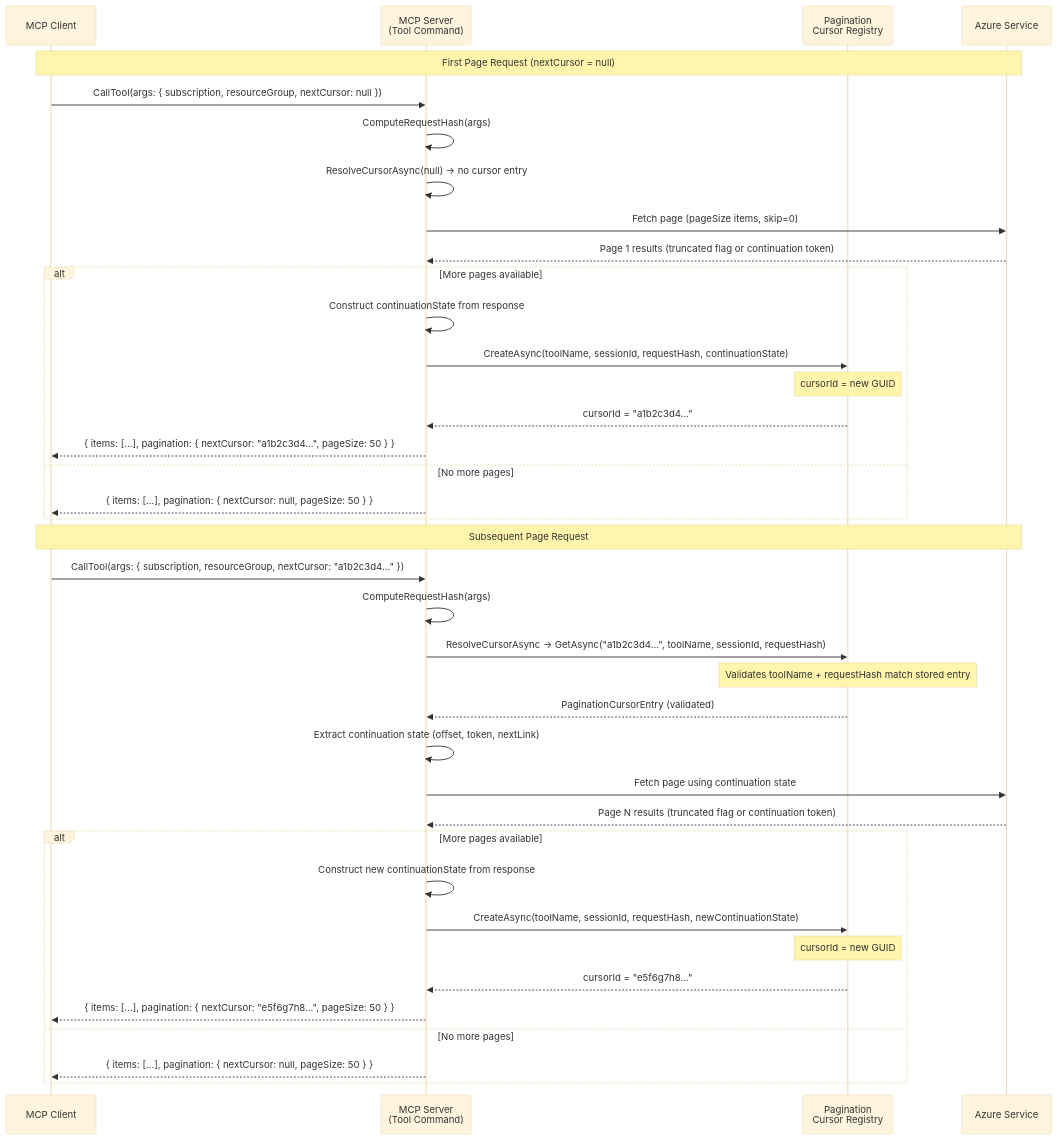
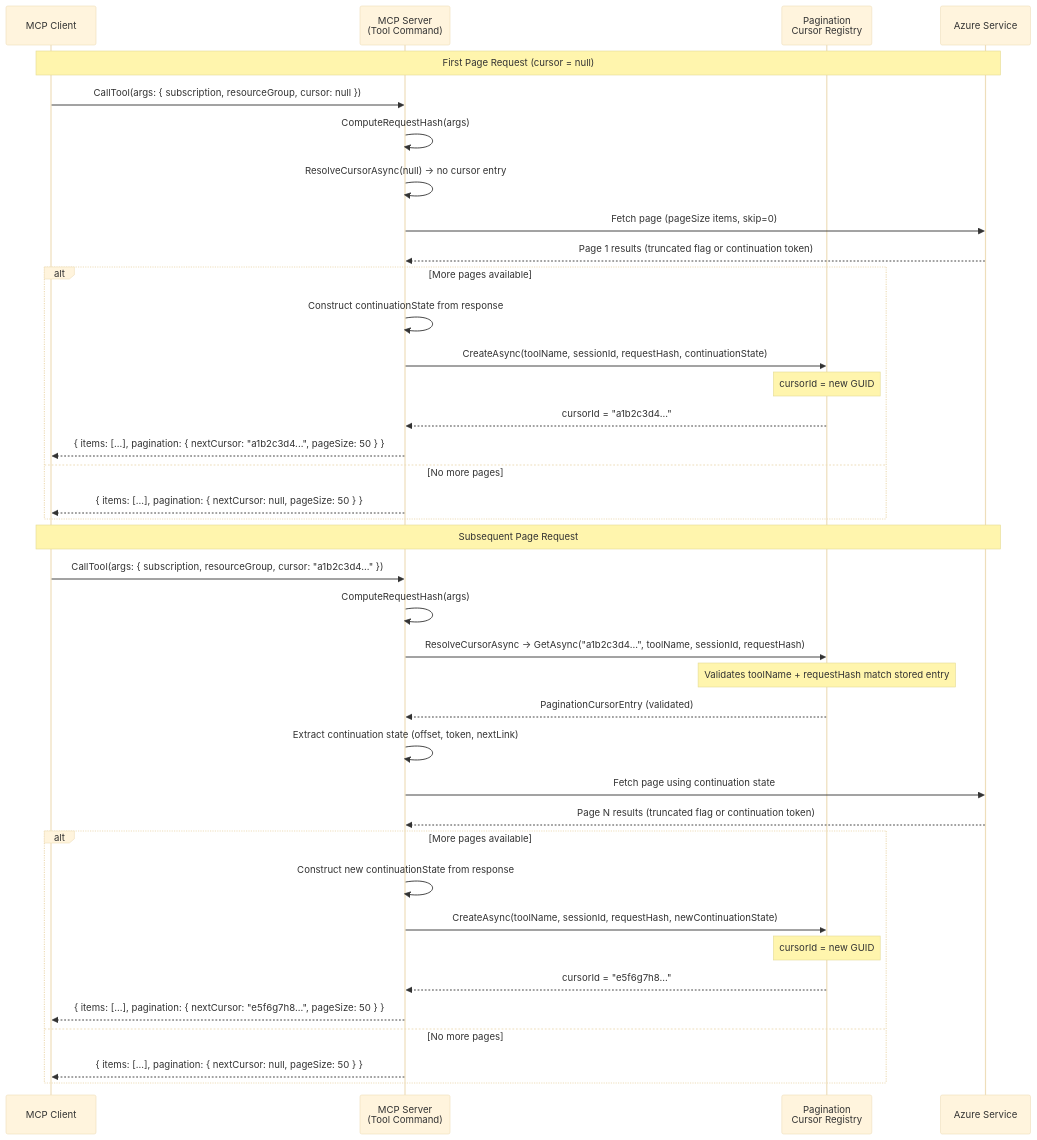
One commit to srnagar/mcp changed the first of 3 diagrams in docs/design/pagination.md. Above: the diagram before and after it, drawn with Mermaid (base theme). The commit also changed other lines of this file and 23 other files, not shown here.

````diff
--- a/docs/design/pagination.md
+++ b/docs/design/pagination.md
@@ -49,42 +49,42 @@
 ```mermaid
 sequenceDiagram
     participant Client as MCP Client
     participant Server as MCP Server<br/>(Tool Command)
     participant Cache as Pagination<br/>Cursor Registry
     participant Azure as Azure Service
 
-    Note over Client,Azure: First Page Request (nextCursor = null)
-    Client->>Server: CallTool(args: { subscription, resourceGroup, nextCursor: null })
+    Note over Client,Azure: First Page Request (cursor = null)
+    Client->>Server: CallTool(args: { subscription, resourceGroup, cursor: null })
     Server->>Server: ComputeRequestHash(args)
     Server->>Server: ResolveCursorAsync(null) → no cursor entry
     Server->>Azure: Fetch page (pageSize items, skip=0)
     Azure-->>Server: Page 1 results (truncated flag or continuation token)
     alt More pages available
         Server->>Server: Construct continuationState from response
         Server->>Cache: CreateAsync(toolName, sessionId, requestHash, continuationState)
         Note over Cache: cursorId = new GUID
         Cache-->>Server: cursorId = "a1b2c3d4..."
         Server-->>Client: { items: [...], pagination: { nextCursor: "a1b2c3d4...", pageSize: 50 } }
     else No more pages
         Server-->>Client: { items: [...], pagination: { nextCursor: null, pageSize: 50 } }
     end
 
     Note over Client,Azure: Subsequent Page Request
-    Client->>Server: CallTool(args: { subscription, resourceGroup, nextCursor: "a1b2c3d4..." })
+    Client->>Server: CallTool(args: { subscription, resourceGroup, cursor: "a1b2c3d4..." })
     Server->>Server: ComputeRequestHash(args)
     Server->>Cache: ResolveCursorAsync → GetAsync("a1b2c3d4...", toolName, sessionId, requestHash)
     Note over Cache: Validates toolName + requestHash match stored entry
     Cache-->>Server: PaginationCursorEntry (validated)
     Server->>Server: Extract continuation state (offset, token, nextLink)
     Server->>Azure: Fetch page using continuation state
     Azure-->>Server: Page N results (truncated flag or continuation token)
     alt More pages available
         Server->>Server: Construct new continuationState from response
         Server->>Cache: CreateAsync(toolName, sessionId, requestHash, newContinuationState)
         Note over Cache: cursorId = new GUID
         Cache-->>Server: cursorId = "e5f6g7h8..."
         Server-->>Client: { items: [...], pagination: { nextCursor: "e5f6g7h8...", pageSize: 50 } }
     else No more pages
         Server-->>Client: { items: [...], pagination: { nextCursor: null, pageSize: 50 } }
     end
 ```
````
